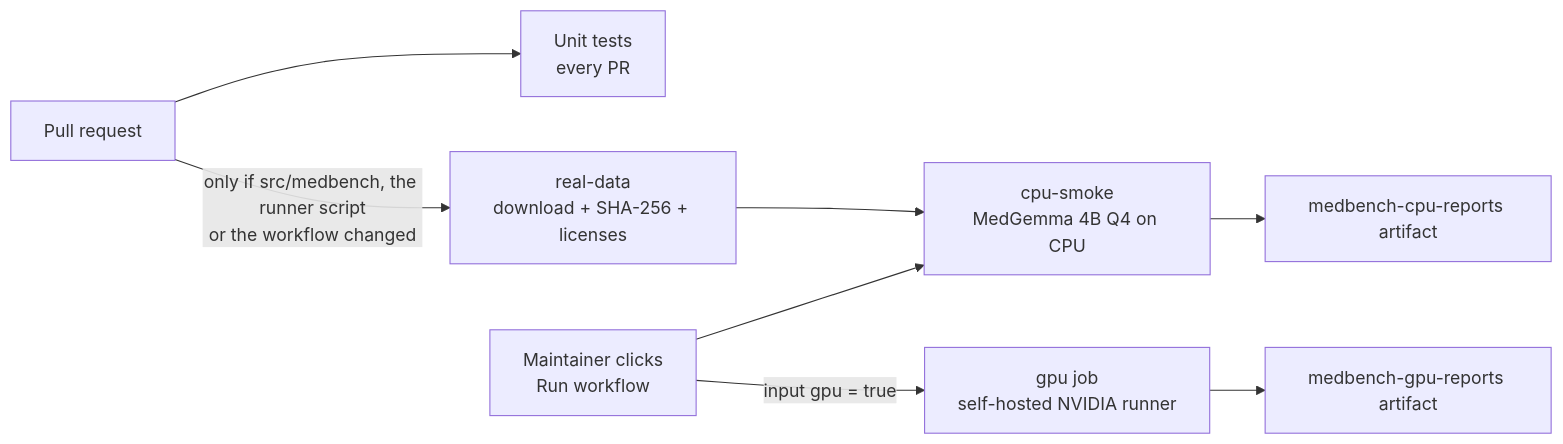
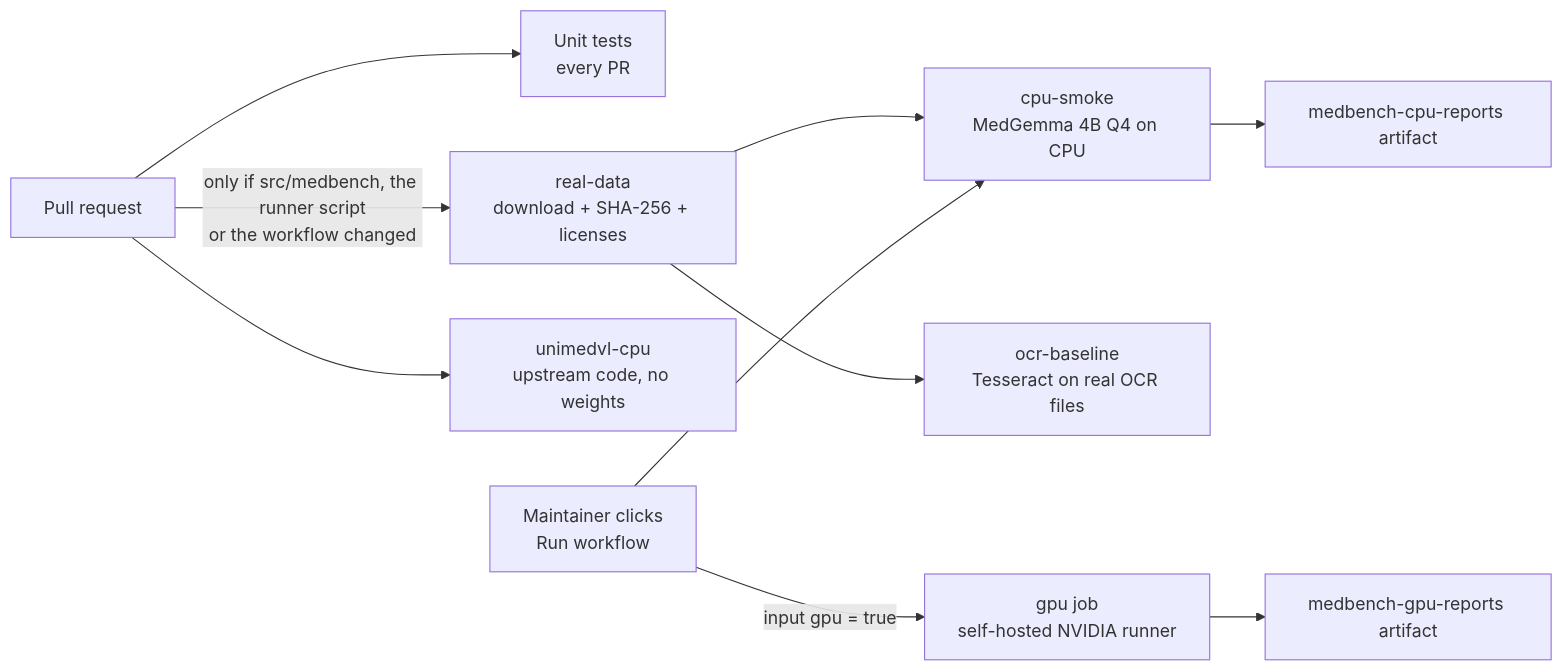
One commit to konard/medical-neural-network-ml changed the first of 3 diagrams in docs/case-studies/issue-1/ci-and-gpu-runner.md. Above: the diagram before and after it, drawn with Mermaid. The commit also changed other lines of this file and 5 other files, not shown here.

````diff
--- a/docs/case-studies/issue-1/ci-and-gpu-runner.md
+++ b/docs/case-studies/issue-1/ci-and-gpu-runner.md
@@ -19,10 +21,12 @@
 ```mermaid
 flowchart LR
   PR[Pull request] --> UT[Unit tests<br/>every PR]
   PR -->|"only if src/medbench, the runner script<br/>or the workflow changed"| RD[real-data<br/>download + SHA-256 + licenses]
   RD --> CPU[cpu-smoke<br/>MedGemma 4B Q4 on CPU]
+  RD --> OCR[ocr-baseline<br/>Tesseract on real OCR files]
+  PR --> UV[unimedvl-cpu<br/>upstream code, no weights]
   Maint[Maintainer clicks<br/>Run workflow] --> CPU
   Maint -->|"input gpu = true"| GPU[gpu job<br/>self-hosted NVIDIA runner]
   CPU --> Rep[medbench-cpu-reports artifact]
   GPU --> Rep2[medbench-gpu-reports artifact]
 ```
````
